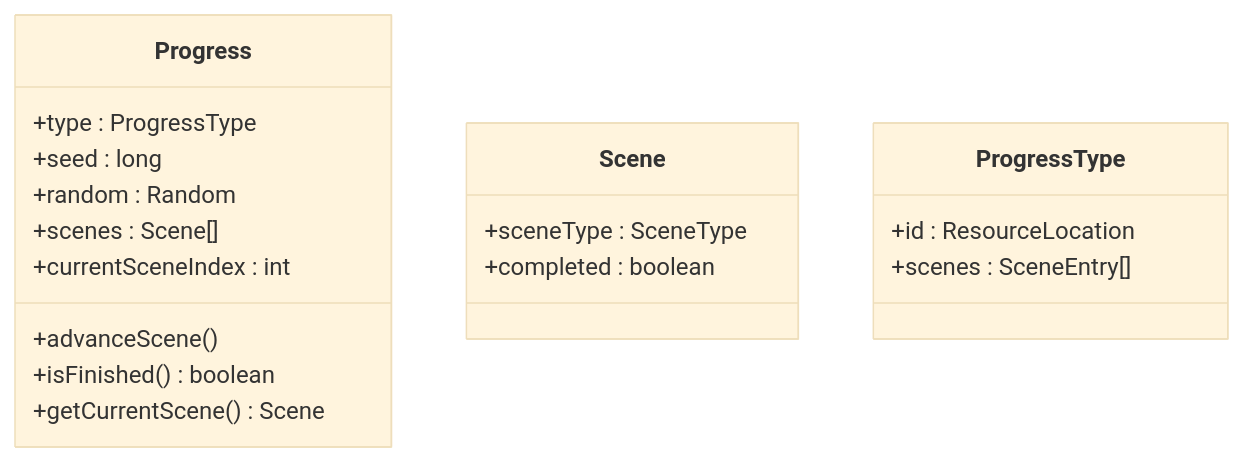
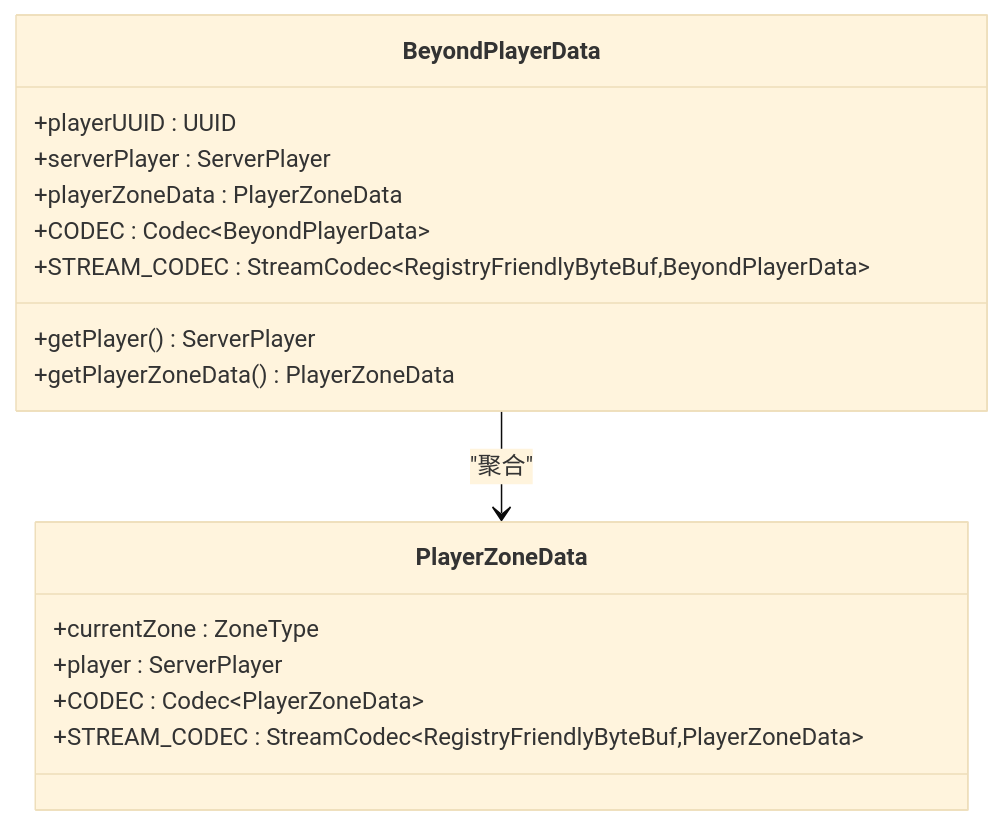
The fifth of 11 diagrams in .qoder/repowiki/zh/content/模块架构/Beyond安全区模块/Beyond安全区模块.md (Ver-shift/SubModulesGeneHunter), drawn with Mermaid (base theme) before and after one commit. The commit also changed other lines of this file and 61 other files, not shown here.

````diff
--- a/.qoder/repowiki/zh/content/模块架构/Beyond安全区模块/Beyond安全区模块.md
+++ b/.qoder/repowiki/zh/content/模块架构/Beyond安全区模块/Beyond安全区模块.md
@@ -468,21 +264,19 @@
 ```mermaid
 classDiagram
-class Progress {
-+type : ProgressType
-+seed : long
-+random : Random
-+scenes : Scene[]
-+currentSceneIndex : int
-+advanceScene()
-+isFinished() boolean
-+getCurrentScene() Scene
+class BeyondPlayerData {
++playerUUID : UUID
++serverPlayer : ServerPlayer
++playerZoneData : PlayerZoneData
++getPlayer() ServerPlayer
++getPlayerZoneData() PlayerZoneData
++CODEC : Codec~BeyondPlayerData~
++STREAM_CODEC : StreamCodec~RegistryFriendlyByteBuf,BeyondPlayerData~
 }
-class Scene {
-+sceneType : SceneType
-+completed : boolean
+class PlayerZoneData {
++currentZone : ZoneType
++player : ServerPlayer
++CODEC : Codec~PlayerZoneData~
++STREAM_CODEC : StreamCodec~RegistryFriendlyByteBuf,PlayerZoneData~
 }
-class ProgressType {
-+id : ResourceLocation
-+scenes : SceneEntry[]
-}
+BeyondPlayerData --> PlayerZoneData : "聚合"
 ```
````
